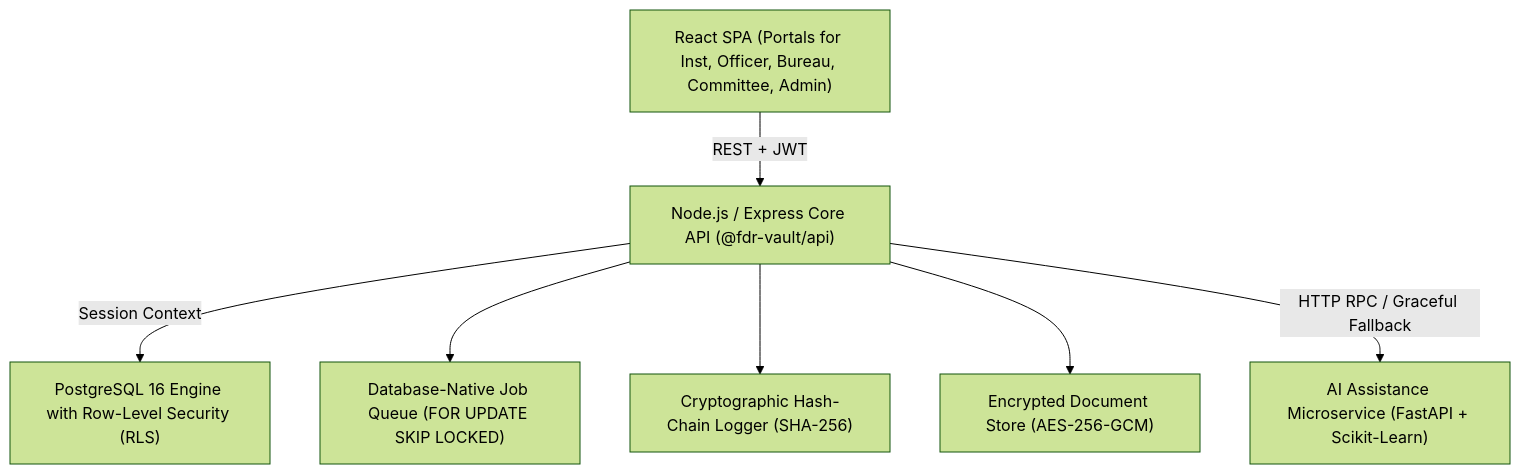
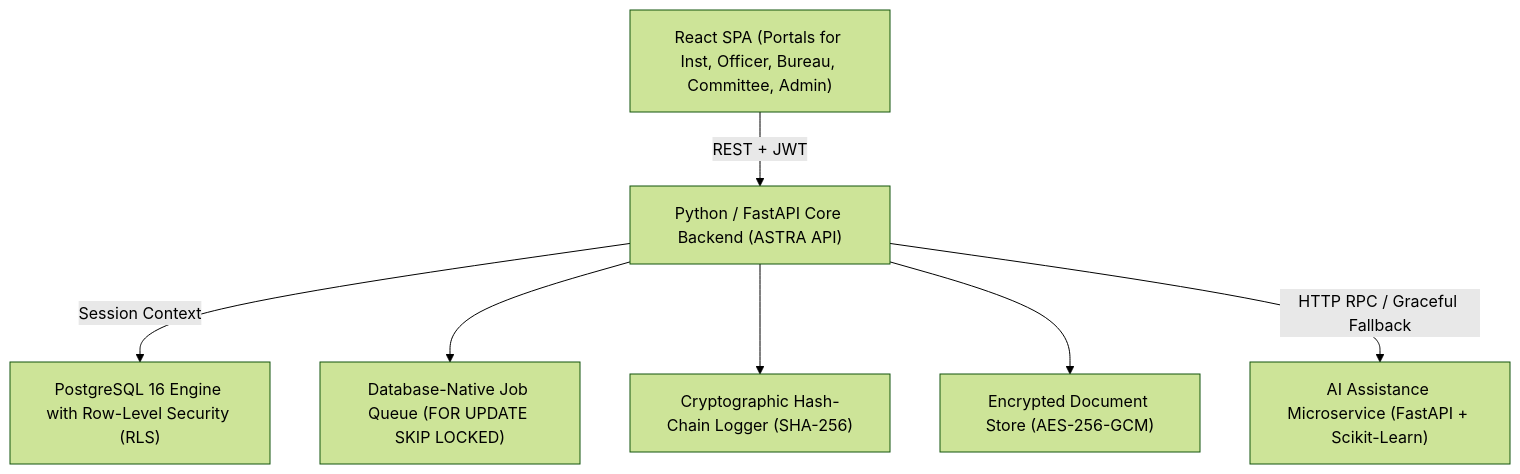
One commit to saran612/ASTRA changed the diagram in README.md. Above: the diagram before and after it, drawn with Mermaid (forest theme). The commit also changed other lines of this file, not shown here.

Commit message:
docs(readme): update tech stack specifications for Python 3.12, FastAPI, and SQLAlchemy 2.0

````diff
--- a/README.md
+++ b/README.md
@@ -25,17 +26,17 @@
 ```mermaid
 graph TD
     SPA["React SPA (Portals for Inst, Officer, Bureau, Committee, Admin)"]
-    API["Node.js / Express Core API (@fdr-vault/api)"]
+    API["Python / FastAPI Core Backend (ASTRA API)"]
     RLS["PostgreSQL 16 Engine with Row-Level Security (RLS)"]
     QUEUE["Database-Native Job Queue (FOR UPDATE SKIP LOCKED)"]
     AUDIT["Cryptographic Hash-Chain Logger (SHA-256)"]
     STORAGE["Encrypted Document Store (AES-256-GCM)"]
     AI["AI Assistance Microservice (FastAPI + Scikit-Learn)"]
 
     SPA -->|REST + JWT| API
     API -->|Session Context| RLS
     API --> QUEUE
     API --> AUDIT
     API --> STORAGE
     API -->|HTTP RPC / Graceful Fallback| AI
 ```
````
